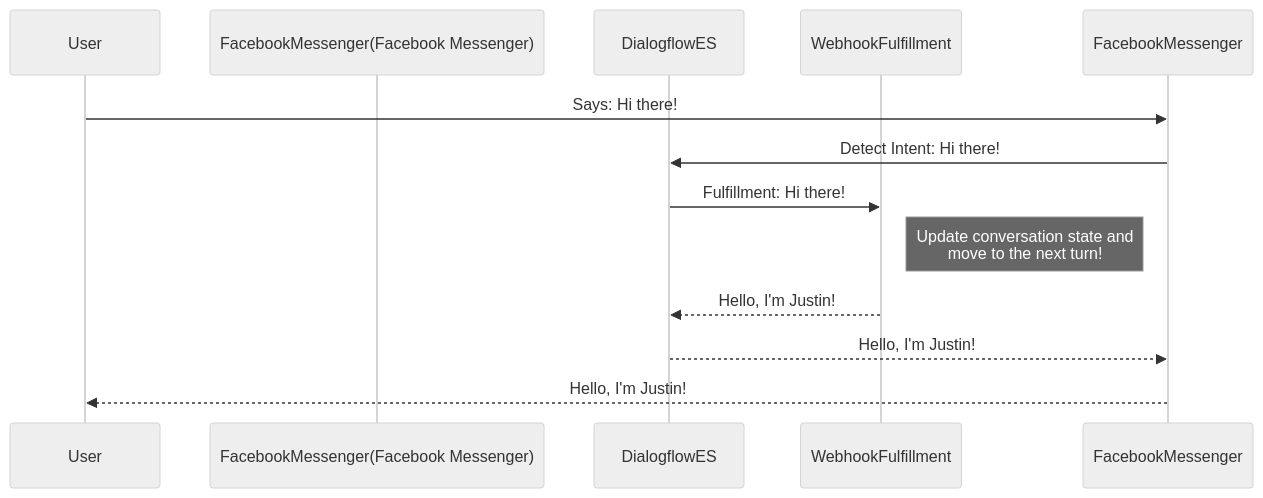
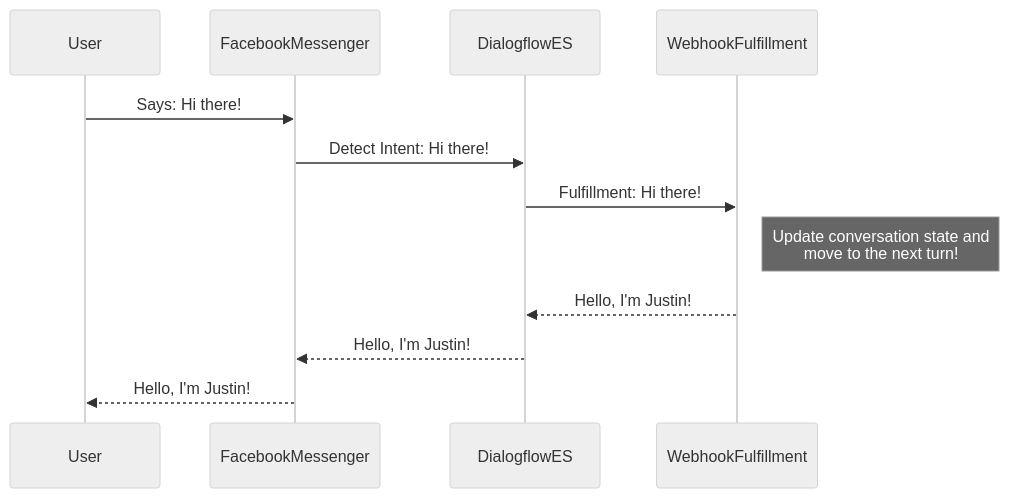
One commit to jusranda/codingforconvos changed the diagram in README.md. Above: the diagram before and after it, drawn with Mermaid (neutral theme).

````diff
--- a/README.md
+++ b/README.md
@@ -4,14 +4,14 @@
 ```mermaid
 sequenceDiagram
     participant User
-    participant FacebookMessenger(Facebook Messenger)
+    participant FacebookMessenger
     participant DialogflowES
     participant WebhookFulfillment
     User->>FacebookMessenger: Says: Hi there!
     FacebookMessenger->>DialogflowES: Detect Intent: Hi there!
     DialogflowES->>WebhookFulfillment: Fulfillment: Hi there!
     Note right of WebhookFulfillment: Update conversation state and<br/>move to the next turn!
     WebhookFulfillment-->>DialogflowES: Hello, I'm Justin!
     DialogflowES-->>FacebookMessenger: Hello, I'm Justin!
     FacebookMessenger-->>User: Hello, I'm Justin!
 ```
````
